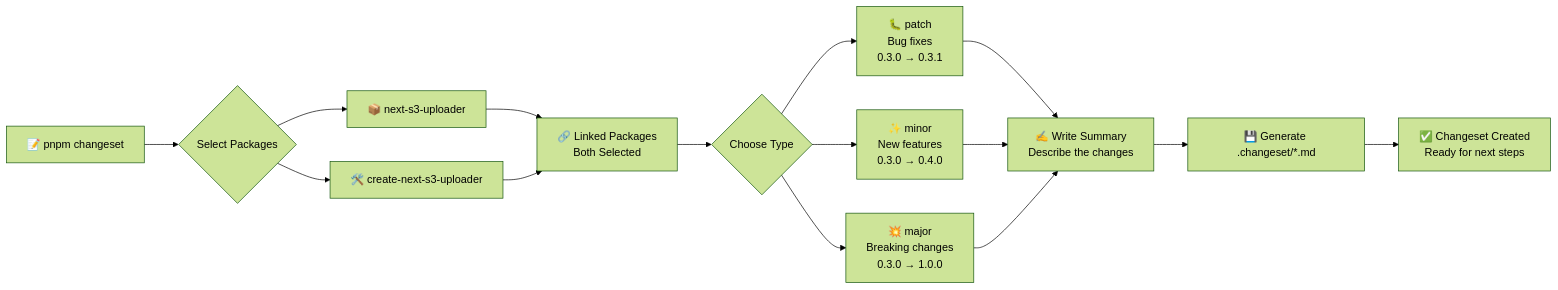
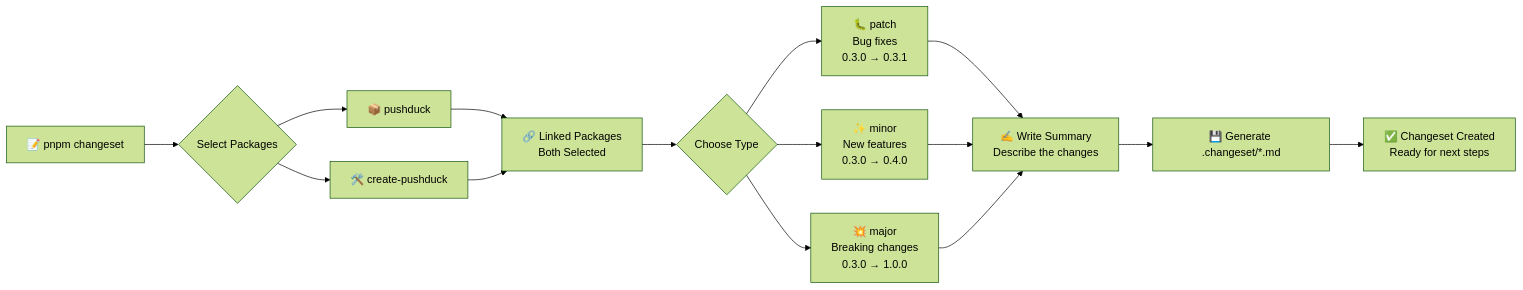
The second of 9 diagrams in RELEASE_LIFECYCLE_GUIDE.md (abhay-ramesh/pushduck), drawn with Mermaid (forest theme) before and after one commit. The commit also changed other lines of this file and 101 other files, not shown here.

First line of the commit message:
feat(docs): rename project from next-s3-uploader to pushduck

````diff
--- a/RELEASE_LIFECYCLE_GUIDE.md
+++ b/RELEASE_LIFECYCLE_GUIDE.md
@@ -44,17 +44,17 @@
 ```mermaid
 flowchart LR
     A["📝 pnpm changeset"] --> B{Select Packages}
-    B --> C["📦 next-s3-uploader"]
-    B --> D["🛠️ create-next-s3-uploader"]
+    B --> C["📦 pushduck"]
+    B --> D["🛠️ create-pushduck"]
     C --> E["🔗 Linked Packages<br/>Both Selected"]
     D --> E
     E --> F{Choose Type}
     F --> G["🐛 patch<br/>Bug fixes<br/>0.3.0 → 0.3.1"]
     F --> H["✨ minor<br/>New features<br/>0.3.0 → 0.4.0"]
     F --> I["💥 major<br/>Breaking changes<br/>0.3.0 → 1.0.0"]
     G --> J["✍️ Write Summary<br/>Describe the changes"]
     H --> J
     I --> J
     J --> K["💾 Generate .changeset/*.md"]
     K --> L["✅ Changeset Created<br/>Ready for next steps"]
 ```
````
